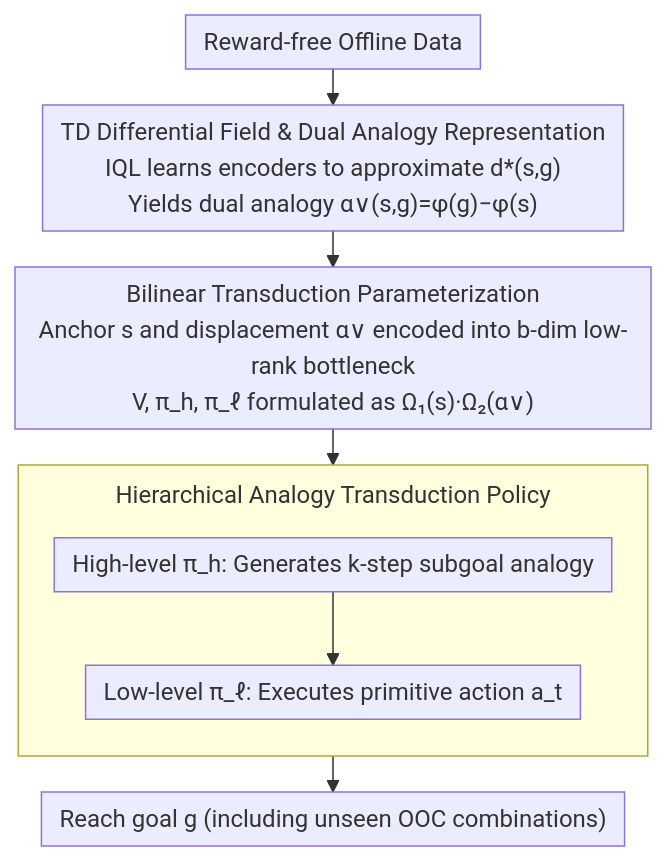
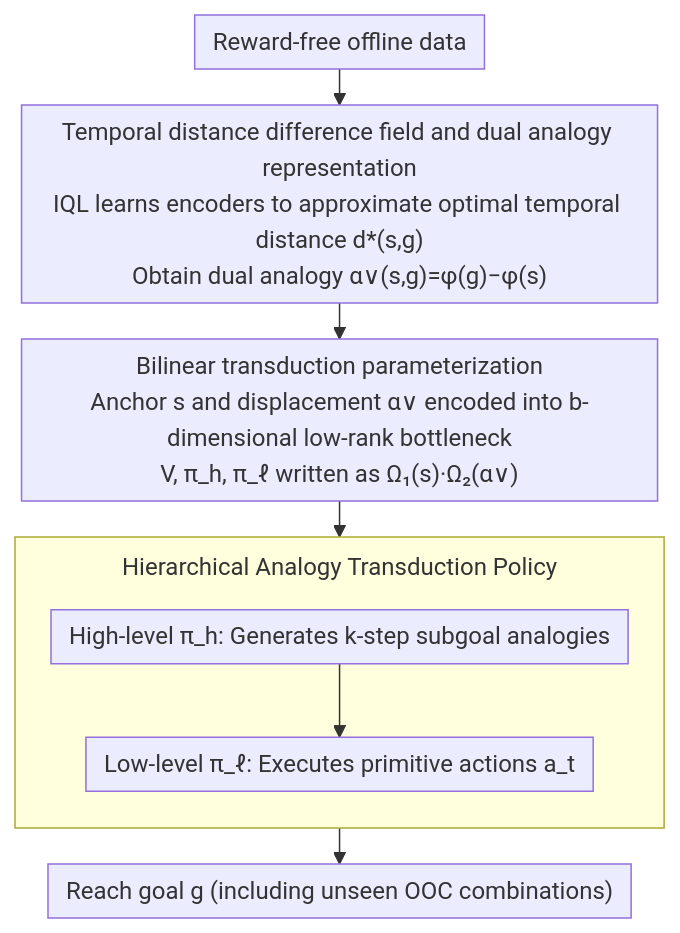
Before and after one commit to zhaoyang97/Paper-Notes-en: the diagram in docs/ICML2026/reinforcement_learning/compositional_transduction_with_latent_analogies_for_offline_goal-conditioned_re.md, drawn with Mermaid. The commit also changed other lines of this file and 5084 other files, not shown here.

````diff
--- a/docs/ICML2026/reinforcement_learning/compositional_transduction_with_latent_analogies_for_offline_goal-conditioned_re.md
+++ b/docs/ICML2026/reinforcement_learning/compositional_transduction_with_latent_analogies_for_offline_goal-conditioned_re.md
@@ -44,12 +44,12 @@
 ```mermaid
 %%{init: {'flowchart': {'rankSpacing': 24, 'nodeSpacing': 28, 'padding': 6, 'wrappingWidth': 400, 'subGraphTitleMargin': {'top': 8, 'bottom': 16}}}}%%
 flowchart TD
-    A["Reward-free Offline Data"] --> B["TD Differential Field & Dual Analogy Representation<br/>IQL learns encoders to approximate d*(s,g)<br/>Yields dual analogy α∨(s,g)=φ(g)−φ(s)"]
-    B --> C["Bilinear Transduction Parameterization<br/>Anchor s and displacement α∨ encoded into b-dim low-rank bottleneck<br/>V, π_h, π_ℓ formulated as Ω₁(s)·Ω₂(α∨)"]
+    A["Reward-free offline data"] --> B["Temporal distance difference field and dual analogy representation<br/>IQL learns encoders to approximate optimal temporal distance d*(s,g)<br/>Obtain dual analogy α∨(s,g)=φ(g)−φ(s)"]
+    B --> C["Bilinear transduction parameterization<br/>Anchor s and displacement α∨ encoded into b-dimensional low-rank bottleneck<br/>V, π_h, π_ℓ written as Ω₁(s)·Ω₂(α∨)"]
     subgraph HIER["Hierarchical Analogy Transduction Policy"]
         direction TB
-        D["High-level π_h: Generates k-step subgoal analogy"] --> E["Low-level π_ℓ: Executes primitive action a_t"]
+        D["High-level π_h: Generates k-step subgoal analogies"] --> E["Low-level π_ℓ: Executes primitive actions a_t"]
     end
     C --> HIER
     HIER --> F["Reach goal g (including unseen OOC combinations)"]
 ```
````
